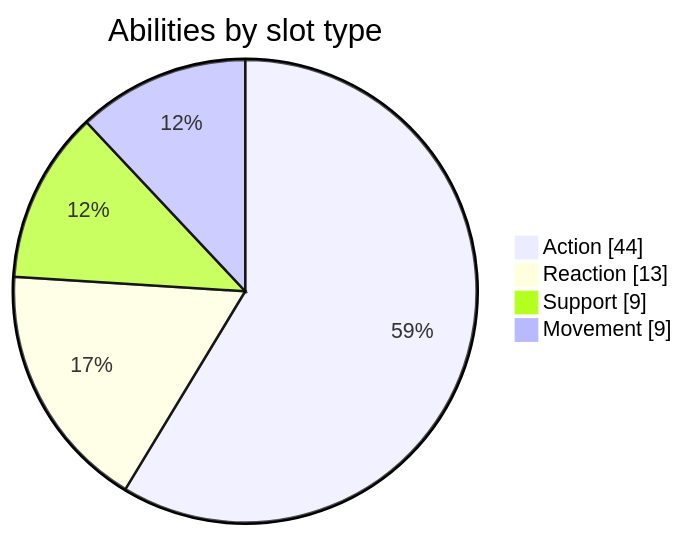
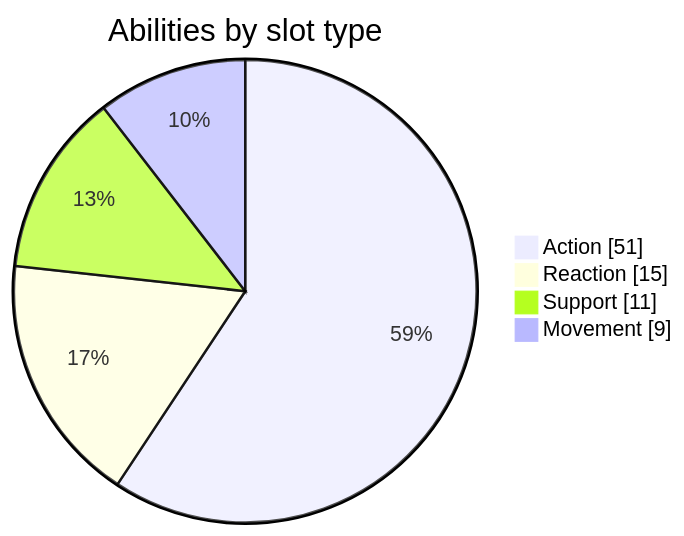
One commit to CptNope/Chess-RPG-Tactics changed the second of 3 diagrams in docs/CONTENT_REFERENCE.md. Above: the diagram before and after it, drawn with Mermaid. The commit also changed other lines of this file and 28 other files, not shown here.

````diff
--- a/docs/CONTENT_REFERENCE.md
+++ b/docs/CONTENT_REFERENCE.md
@@ -44,7 +74,7 @@
 ```mermaid
 pie showData title Abilities by slot type
-  "Action" : 44
-  "Reaction" : 13
-  "Support" : 9
+  "Action" : 51
+  "Reaction" : 15
+  "Support" : 11
   "Movement" : 9
 ```
````
